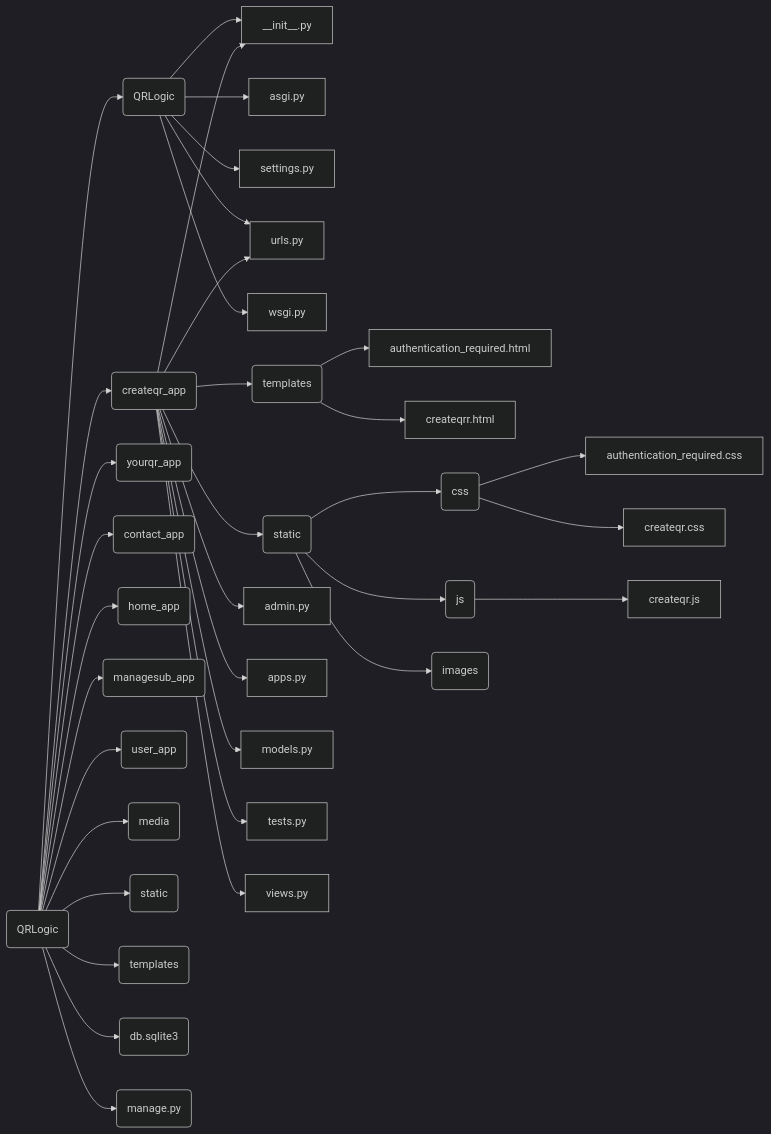
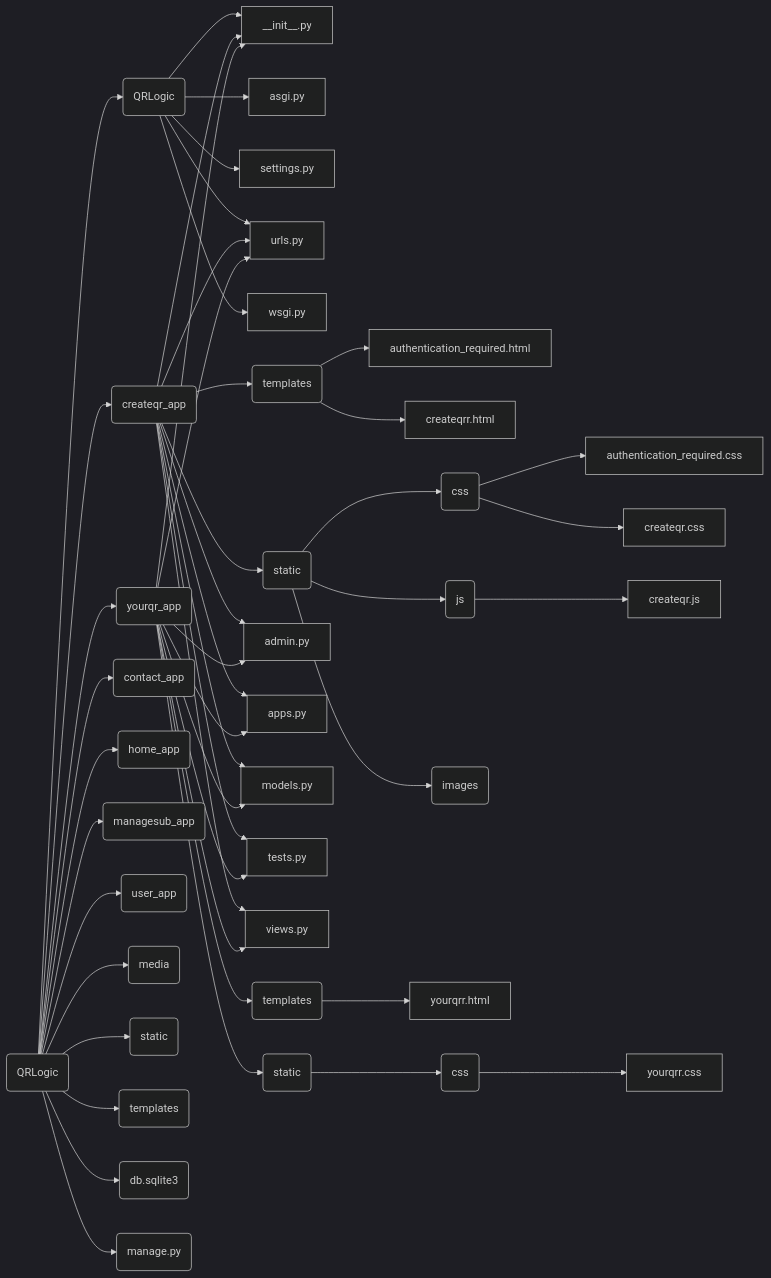
Before and after one commit to DmitriyPechenyuk0/QRLogic: the diagram in README.md, drawn with Mermaid (dark theme).

````diff
--- a/README.md
+++ b/README.md
@@ -21,42 +21,58 @@
 ```mermaid
 flowchart LR
 
 A(QRLogic) --> Q(QRLogic)
 Q(QRLogic) --> __init__.py
 Q(QRLogic) --> asgi.py
 Q(QRLogic) --> settings.py
 Q(QRLogic) --> urls.py
 Q(QRLogic) --> wsgi.py
+
 A(QRLogic) --> C(createqr_app) 
 C(createqr_app) --> CS(static)
 C(createqr_app) --> CT(templates)
 C(createqr_app) --> __init__.py
 C(createqr_app) --> admin.py
 C(createqr_app) --> apps.py
 C(createqr_app) --> models.py
 C(createqr_app) --> tests.py
 C(createqr_app) --> urls.py
 C(createqr_app) --> views.py
-
 CT(templates) --> authentication_required.html
 CT(templates) --> createqrr.html
 CS(static)  --> CSS(css)
 CS(static)  --> CSJ(js)
 CS(static)  --> CSI(images)
 CSS(css) --> authentication_required.css
 CSS(css) --> createqr.css
 CSJ(js) --> createqr.js
 
 A(QRLogic) --> Y(yourqr_app)
+
+Y(yourqr_app) --> YS(static)
+Y(yourqr_app) --> YT(templates)
+Y(yourqr_app) --> __init__.py
+Y(yourqr_app) --> admin.py
+Y(yourqr_app) --> apps.py
+Y(yourqr_app) --> models.py
+Y(yourqr_app) --> tests.py
+Y(yourqr_app) --> urls.py
+Y(yourqr_app) --> views.py
+YT(templates) --> yourqrr.html
+YS(static)  --> YSS(css)
+YSS(css) --> yourqrr.css
+
+
+
 A(QRLogic) --> O(contact_app)
 A(QRLogic) --> H(home_app)
 A(QRLogic) --> M(managesub_app)
 A(QRLogic) --> U(user_app)
 A(QRLogic) --> E(media)
 A(QRLogic) --> S(static)
 A(QRLogic) --> T(templates)
 A(QRLogic) --> B(db.sqlite3)
 A(QRLogic) --> G(manage.py)
 
 
 ```
````
